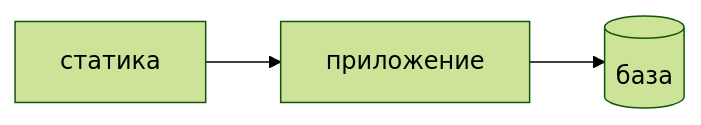
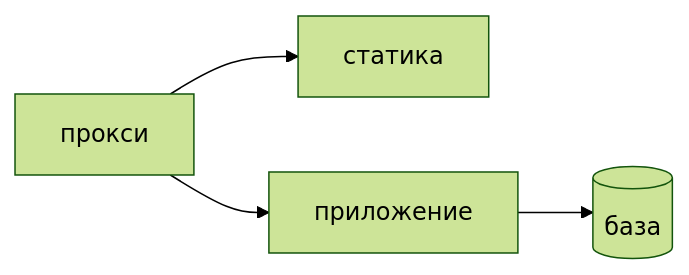
Before and after one commit to AlexanderNY/cursor_test: the diagram in nine-to-eighteen/ui/src/data/learn/security/sec12-k8s.md, drawn with Mermaid (forest theme). The commit also changed other lines of this file and 40 other files, not shown here.

````diff
--- a/nine-to-eighteen/ui/src/data/learn/security/sec12-k8s.md
+++ b/nine-to-eighteen/ui/src/data/learn/security/sec12-k8s.md
@@ -54,5 +103,6 @@
 ```mermaid
 flowchart LR
-  Web[статика] --> API[приложение]
+  Edge[прокси] --> Web[статика]
+  Edge --> API[приложение]
   API --> DB[(база)]
 ```
````
